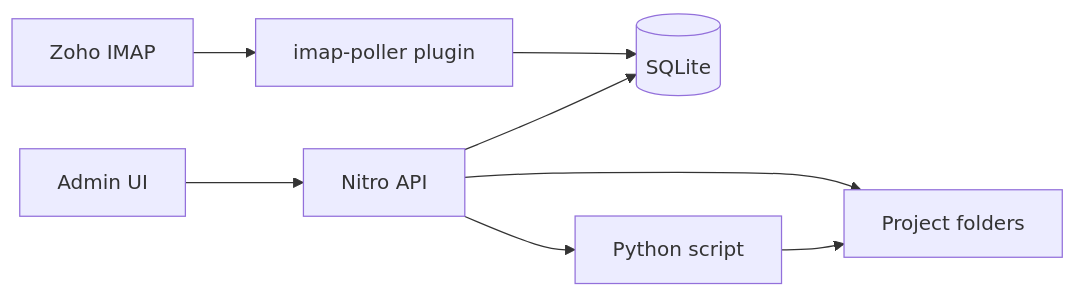
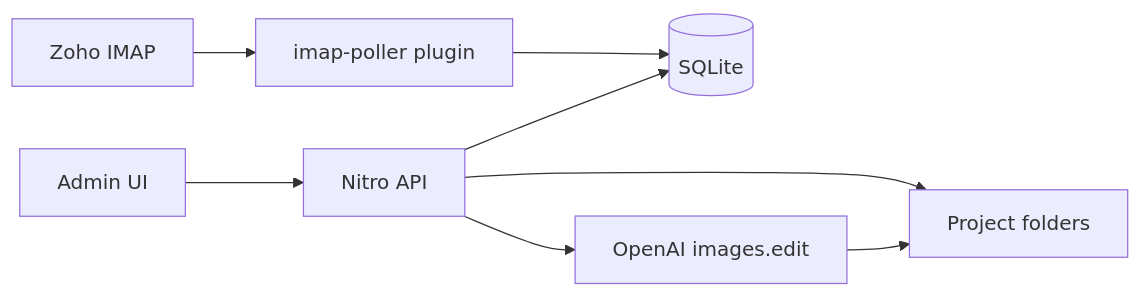
One commit to NovaMantis/storytime changed the diagram in docs/architecture.md. Above: the diagram before and after it, drawn with Mermaid. The commit also changed other lines of this file and 64 other files, not shown here.

````diff
--- a/docs/architecture.md
+++ b/docs/architecture.md
@@ -17,10 +17,10 @@
 ```mermaid
 flowchart LR
   Zoho[Zoho IMAP] --> Poller[imap-poller plugin]
   Poller --> SQLite[(SQLite)]
   UI[Admin UI] --> API[Nitro API]
   API --> SQLite
   API --> FS[Project folders]
-  API --> Python[Python script]
-  Python --> FS
+  API --> OpenAI[OpenAI images.edit]
+  OpenAI --> FS
 ```
````
